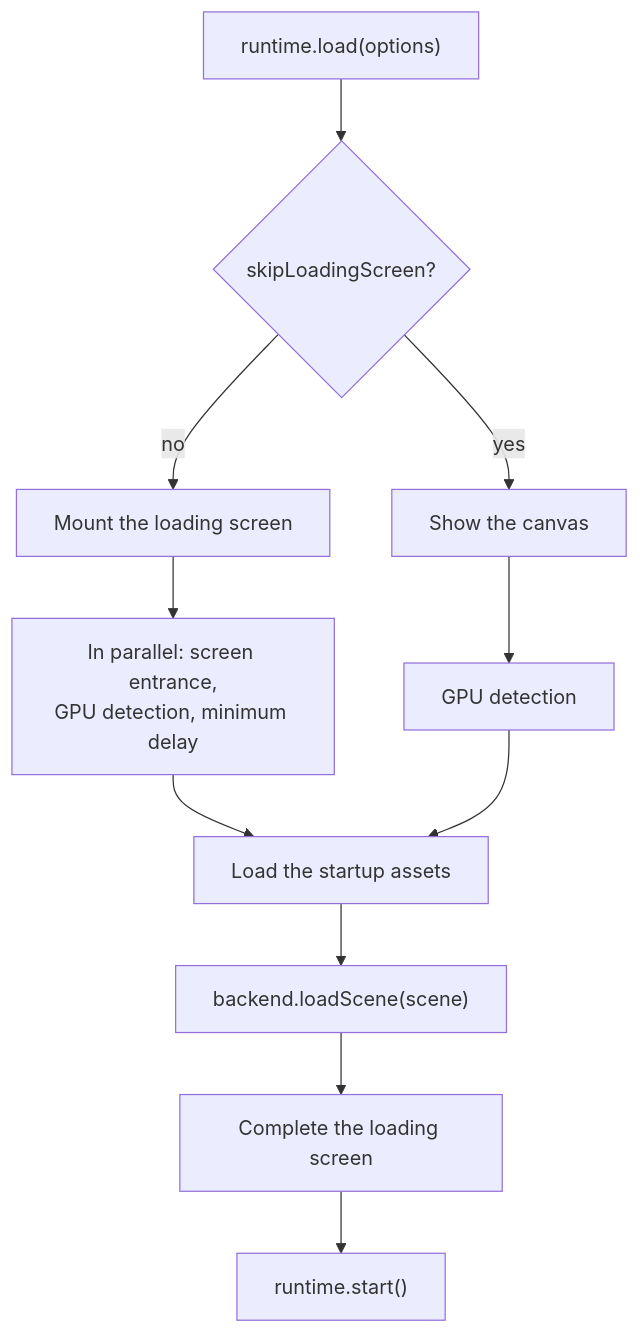
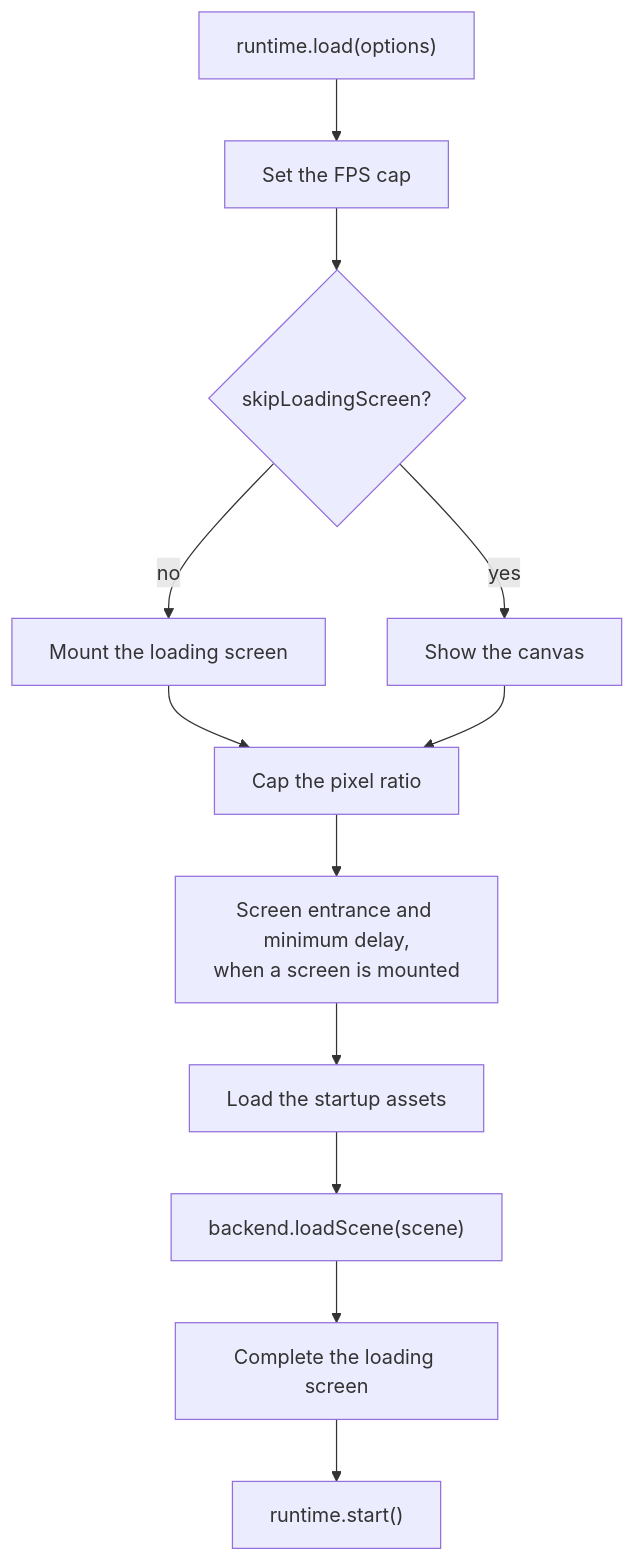
Before and after one commit to JollyPixel/editor: the second of 5 diagrams in packages/runtime/ARCHITECTURE.md, drawn with Mermaid. The commit also changed other lines of this file and 49 other files, not shown here.

````diff
--- a/packages/runtime/ARCHITECTURE.md
+++ b/packages/runtime/ARCHITECTURE.md
@@ -27,13 +27,14 @@
 ```mermaid
 flowchart TB
-    Load["runtime.load(options)"] --> Skip{"skipLoadingScreen?"}
+    Load["runtime.load(options)"] --> Rate["Set the FPS cap"]
+    Rate --> Skip{"skipLoadingScreen?"}
     Skip -->|"no"| Screen["Mount the loading screen"]
     Skip -->|"yes"| Show["Show the canvas"]
-    Screen --> Prepare["In parallel: screen entrance,<br/>GPU detection, minimum delay"]
-    Show --> Device["GPU detection"]
-    Prepare --> Batch["Load the startup assets"]
-    Device --> Batch
+    Screen --> Device["Cap the pixel ratio"]
+    Show --> Device
+    Device --> Entrance["Screen entrance and minimum delay,<br/>when a screen is mounted"]
+    Entrance --> Batch["Load the startup assets"]
     Batch --> Scene["backend.loadScene(scene)"]
     Scene --> Complete["Complete the loading screen"]
     Complete --> Start["runtime.start()"]
 ```
````
